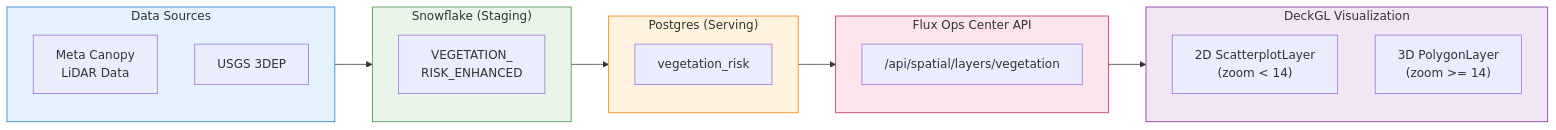
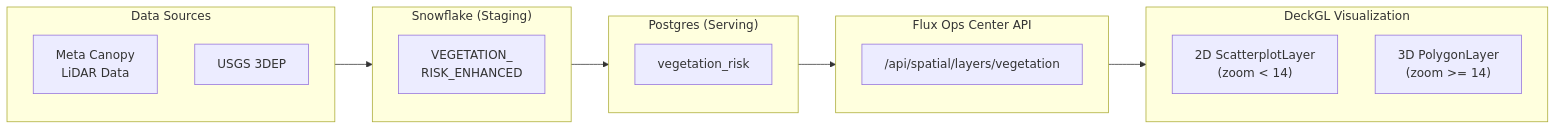
The diagram in docs/VEGETATION_RISK_ARCHITECTURE.md (sfc-gh-abannerjee/flux-ops-center-spcs), drawn with Mermaid before and after one commit. The commit also changed 4 other files, not shown here.

First line of the commit message:
fix: Remove custom Mermaid styles for dark mode compatibility

````diff
--- a/docs/VEGETATION_RISK_ARCHITECTURE.md
+++ b/docs/VEGETATION_RISK_ARCHITECTURE.md
@@ -9,32 +9,26 @@
 ```mermaid
 flowchart LR
     subgraph SOURCE["Data Sources"]
         META["Meta Canopy<br/>LiDAR Data"]
         USGS["USGS 3DEP"]
     end
     
     subgraph SNOWFLAKE["Snowflake (Staging)"]
         VEG_TABLE["VEGETATION_<br/>RISK_ENHANCED"]
     end
     
     subgraph POSTGRES["Postgres (Serving)"]
         VEG_CACHE["vegetation_risk"]
     end
     
     subgraph API["Flux Ops Center API"]
         ENDPOINT["/api/spatial/layers/vegetation"]
     end
     
     subgraph VIZ["DeckGL Visualization"]
         SCATTER["2D ScatterplotLayer<br/>(zoom < 14)"]
         POLYGON["3D PolygonLayer<br/>(zoom >= 14)"]
     end
     
     SOURCE --> SNOWFLAKE --> POSTGRES --> API --> VIZ
-    
-    style SOURCE fill:#e3f2fd,stroke:#1976d2
-    style SNOWFLAKE fill:#e8f5e9,stroke:#388e3c
-    style POSTGRES fill:#fff3e0,stroke:#f57c00
-    style API fill:#fce4ec,stroke:#c2185b
-    style VIZ fill:#f3e5f5,stroke:#7b1fa2
 ```
````
